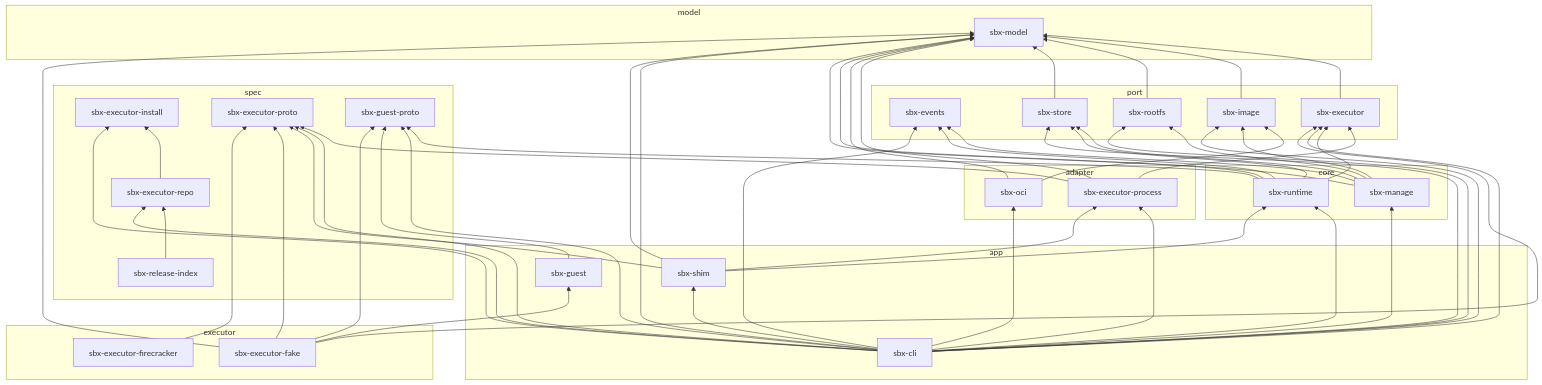
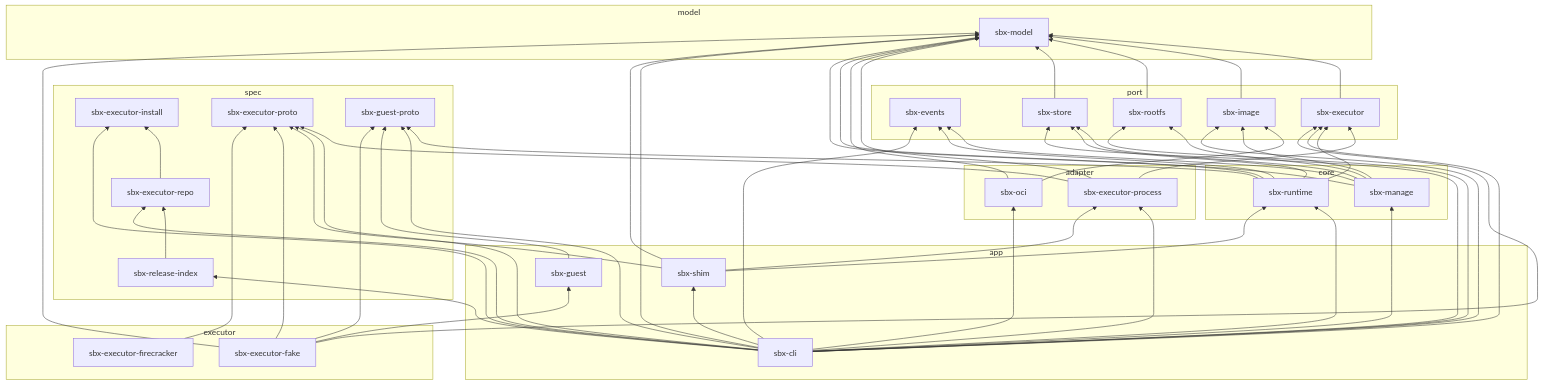
Before and after one commit to toollyst/sandbox: the diagram in docs/developers/crates.md, drawn with Mermaid. The commit also changed other lines of this file and 14 other files, not shown here.

```diff
--- a/docs/developers/crates.md
+++ b/docs/developers/crates.md
@@ -90,6 +90,7 @@
   sbx_cli --> sbx_manage
   sbx_cli --> sbx_model
   sbx_cli --> sbx_oci
+  sbx_cli --> sbx_release_index
   sbx_cli --> sbx_rootfs
   sbx_cli --> sbx_runtime
   sbx_cli --> sbx_shim
```
